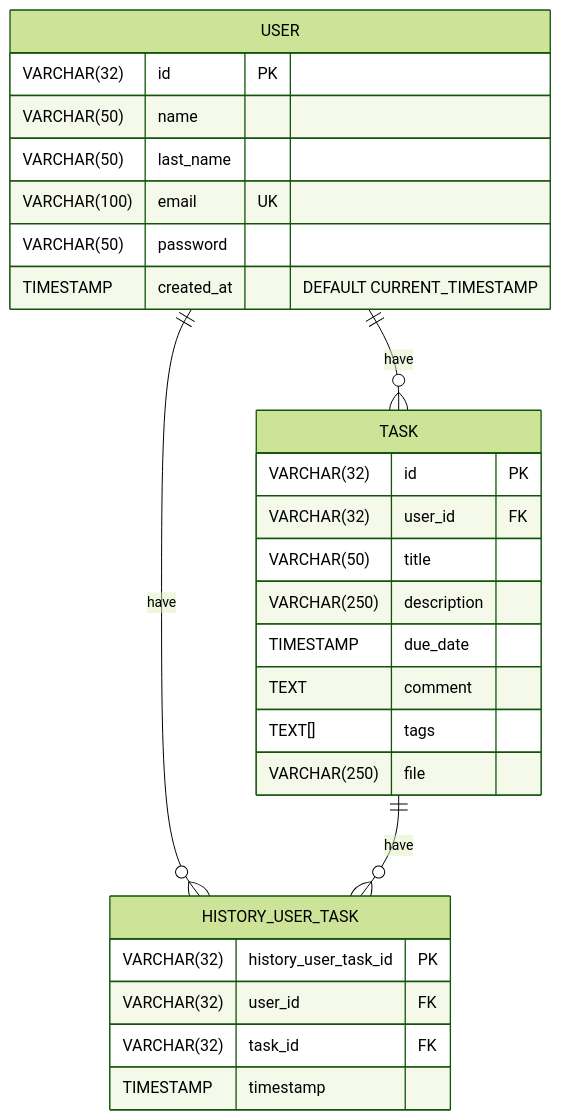
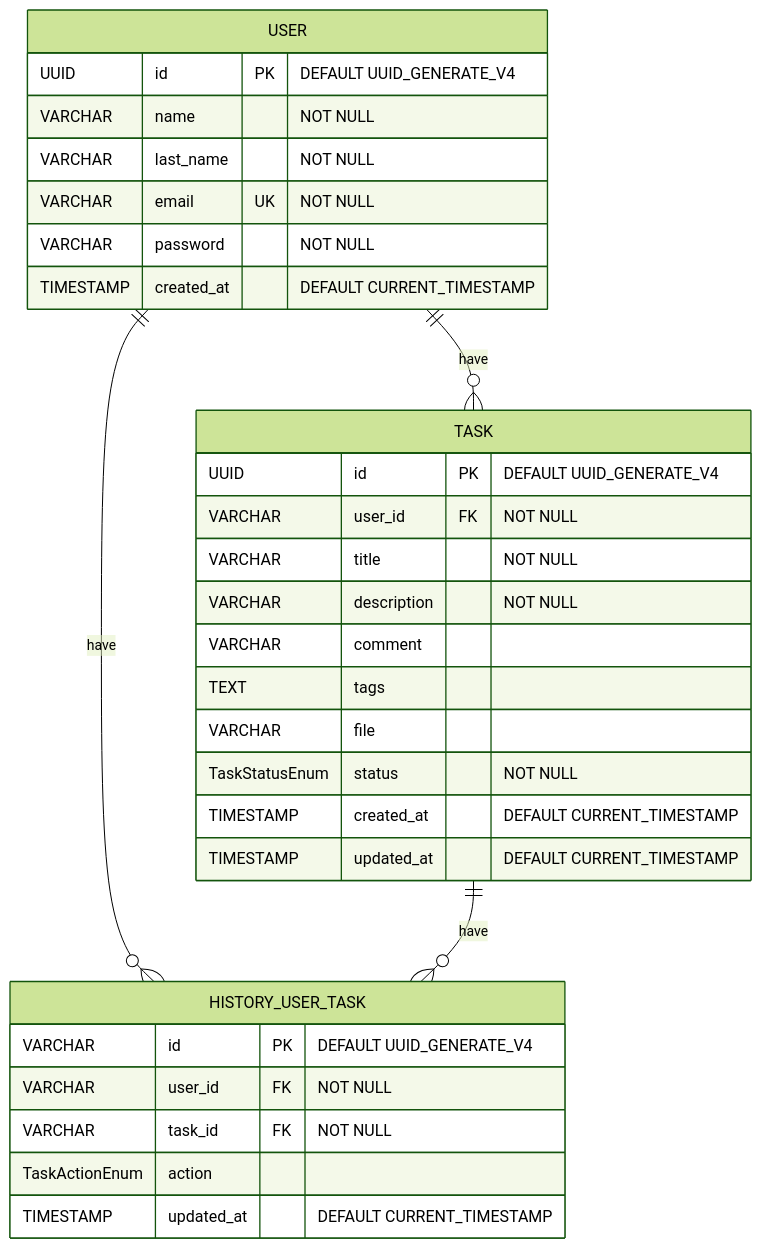
The diagram in README.md (BetoNajera9/ToDo), drawn with Mermaid (forest theme) before and after one commit. The commit also changed other lines of this file, not shown here.

Commit message:
:memo: Doc: Update READM.md
Update README.md

````diff
--- a/README.md
+++ b/README.md
@@ -13,31 +13,35 @@
 ```mermaid
 erDiagram
     USER ||--o{ TASK : have
     USER ||--o{ HISTORY_USER_TASK : have
     USER {
-        VARCHAR(32) id PK
-        VARCHAR(50) name
-        VARCHAR(50) last_name
-        VARCHAR(100) email UK
-        VARCHAR(50) password
+        UUID id PK "DEFAULT UUID_GENERATE_V4"
+        VARCHAR name "NOT NULL"
+        VARCHAR last_name "NOT NULL"
+        VARCHAR email UK "NOT NULL"
+        VARCHAR password "NOT NULL"
         TIMESTAMP created_at "DEFAULT CURRENT_TIMESTAMP"
     }
 
     TASK ||--o{ HISTORY_USER_TASK : have
     TASK {
-        VARCHAR(32) id PK
-        VARCHAR(32) user_id FK
-        VARCHAR(50) title
-        VARCHAR(250) description
-        TIMESTAMP due_date
-        TEXT comment
-        TEXT[] tags
-        VARCHAR(250) file
+        UUID id PK "DEFAULT UUID_GENERATE_V4"
+        VARCHAR user_id FK "NOT NULL"
+        VARCHAR title "NOT NULL"
+        VARCHAR description "NOT NULL"
+        VARCHAR comment
+        TEXT tags
+        VARCHAR file
+        TaskStatusEnum status "NOT NULL"
+        TIMESTAMP created_at "DEFAULT CURRENT_TIMESTAMP"
+        TIMESTAMP updated_at "DEFAULT CURRENT_TIMESTAMP"
     }
+
     HISTORY_USER_TASK {
-        VARCHAR(32) history_user_task_id PK
-        VARCHAR(32) user_id FK
-        VARCHAR(32) task_id FK
-        TIMESTAMP timestamp
+        VARCHAR id PK "DEFAULT UUID_GENERATE_V4"
+        VARCHAR user_id FK "NOT NULL"
+        VARCHAR task_id FK "NOT NULL"
+        TaskActionEnum action
+        TIMESTAMP updated_at "DEFAULT CURRENT_TIMESTAMP"
     }
 ```
````
